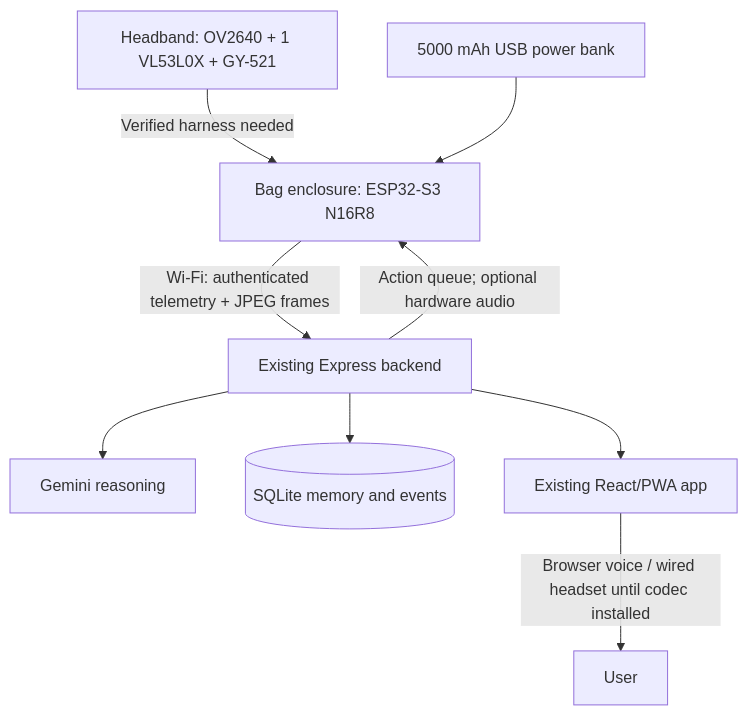
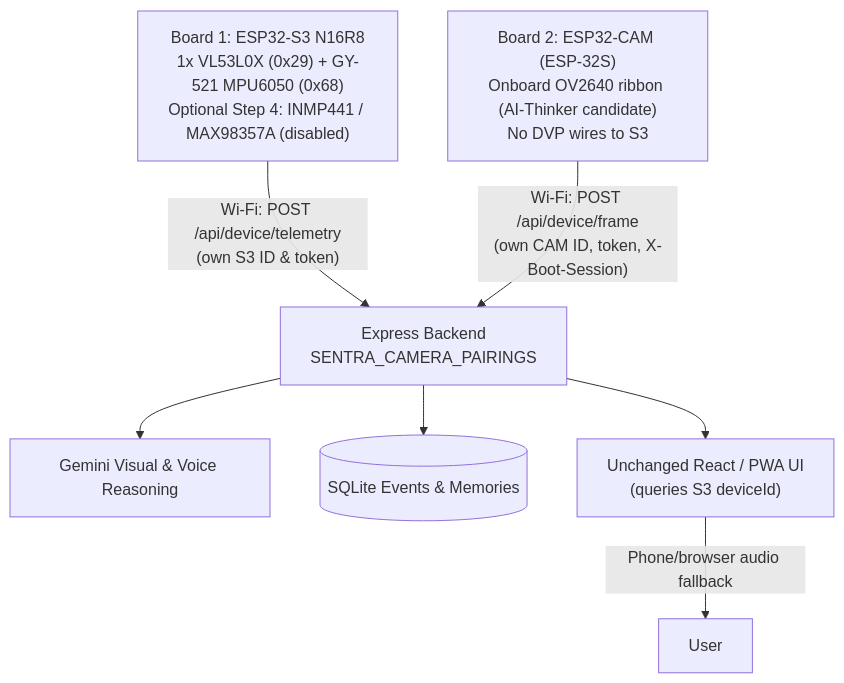
One commit to makamsrujan/Sentra_EL changed the diagram in docs/hardware-integration/architecture.md. Above: the diagram before and after it, drawn with Mermaid. The commit also changed other lines of this file and 56 other files, not shown here.

First line of the commit message:
feat: add dual-board camera pairing and CI coverage

````diff
--- a/docs/hardware-integration/architecture.md
+++ b/docs/hardware-integration/architecture.md
@@ -11,11 +18,9 @@
 ```mermaid
 flowchart TD
-  H["Headband: OV2640 + 1 VL53L0X + GY-521"] -->|"Verified harness needed"| E["Bag enclosure: ESP32-S3 N16R8"]
-  P["5000 mAh USB power bank"] --> E
-  E -->|"Wi-Fi: authenticated telemetry + JPEG frames"| B["Existing Express backend"]
-  B --> G["Gemini reasoning"]
-  B --> DB[("SQLite memory and events")]
-  B --> UI["Existing React/PWA app"]
-  UI -->|"Browser voice / wired headset until codec installed"| U["User"]
-  B -->|"Action queue; optional hardware audio"| E
+  S3["Board 1: ESP32-S3 N16R8\n1x VL53L0X (0x29) + GY-521 MPU6050 (0x68)\nOptional Step 4: INMP441 / MAX98357A (disabled)"] -->|"Wi-Fi: POST /api/device/telemetry\n(own S3 ID & token)"| B["Express Backend\nSENTRA_CAMERA_PAIRINGS"]
+  CAM["Board 2: ESP32-CAM (ESP-32S)\nOnboard OV2640 ribbon (AI-Thinker candidate)\nNo DVP wires to S3"] -->|"Wi-Fi: POST /api/device/frame\n(own CAM ID, token, X-Boot-Session)"| B
+  B --> G["Gemini Visual & Voice Reasoning"]
+  B --> DB[("SQLite Events & Memories")]
+  B --> UI["Unchanged React / PWA UI\n(queries S3 deviceId)"]
+  UI -->|"Phone/browser audio fallback"| U["User"]
 ```
````
